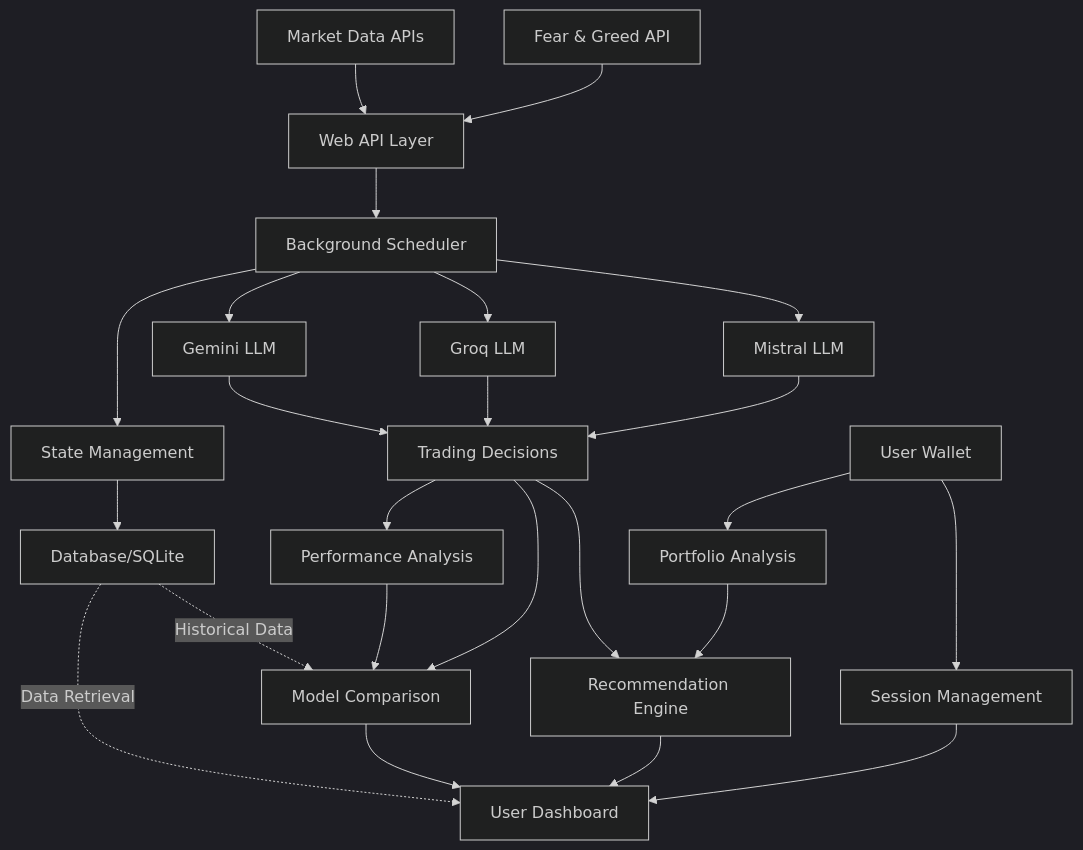
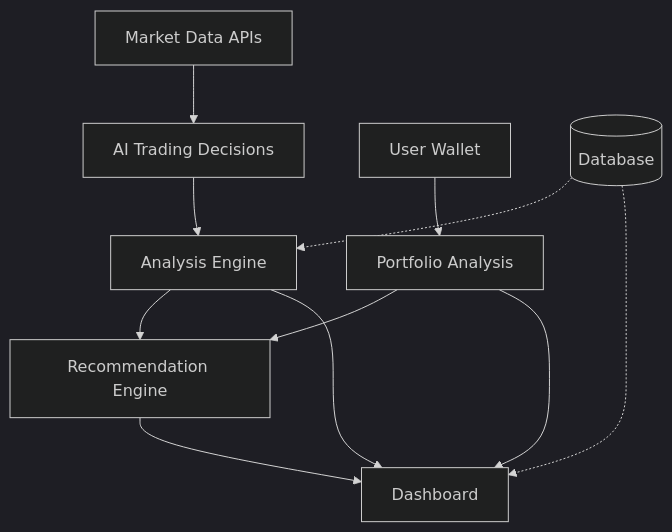
The diagram in README.md (Qbandev/stbchef), drawn with Mermaid (dark theme) before and after one commit. The commit also changed other lines of this file and 1 other file, not shown here.

````diff
--- a/README.md
+++ b/README.md
@@ -80,32 +100,17 @@
 ```mermaid
 graph TD
-    A[Market Data APIs] --> B[Web API Layer]
-    M[Fear & Greed API] --> B
-    B --> C[Background Scheduler]
-    C --> P[State Management]
-    P --> D[Database/SQLite]
+    A[Market Data APIs] --> B[AI Trading Decisions]
     
-    C --> E1[Gemini LLM]
-    C --> E2[Groq LLM]
-    C --> E3[Mistral LLM]
+    B --> C[Analysis Engine]
+    D[User Wallet] --> E[Portfolio Analysis]
     
-    E1 --> F[Trading Decisions]
-    E2 --> F
-    E3 --> F
+    E --> F[Recommendation Engine]
+    C --> F
     
-    F --> G[Performance Analysis]
-    F --> K[Model Comparison]
-    G --> K
+    F --> G[Dashboard]
+    C --> G
+    E --> G
     
-    H[User Wallet] --> I[Portfolio Analysis]
-    H --> J[Session Management]
-    I --> L[Recommendation Engine]
-    F --> L
-    
-    L --> N[User Dashboard]
-    K --> N
-    J --> N
-    
-    D -.-> |Data Retrieval| N
-    D -.-> |Historical Data| K
+    H[(Database)] -.-> C
+    H -.-> G
 ```
````
